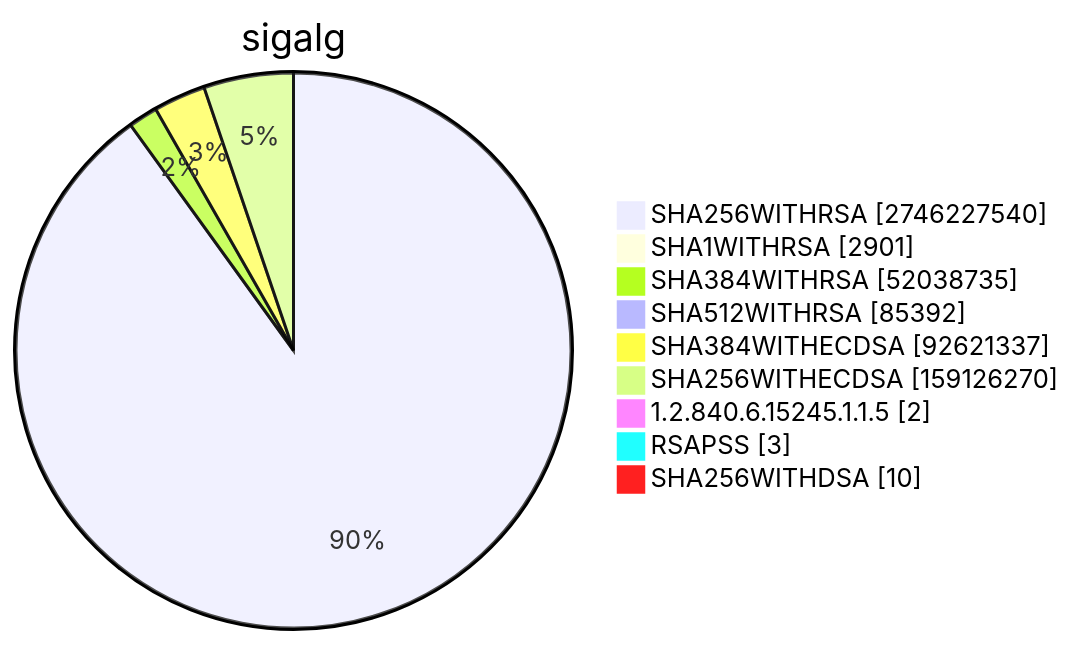
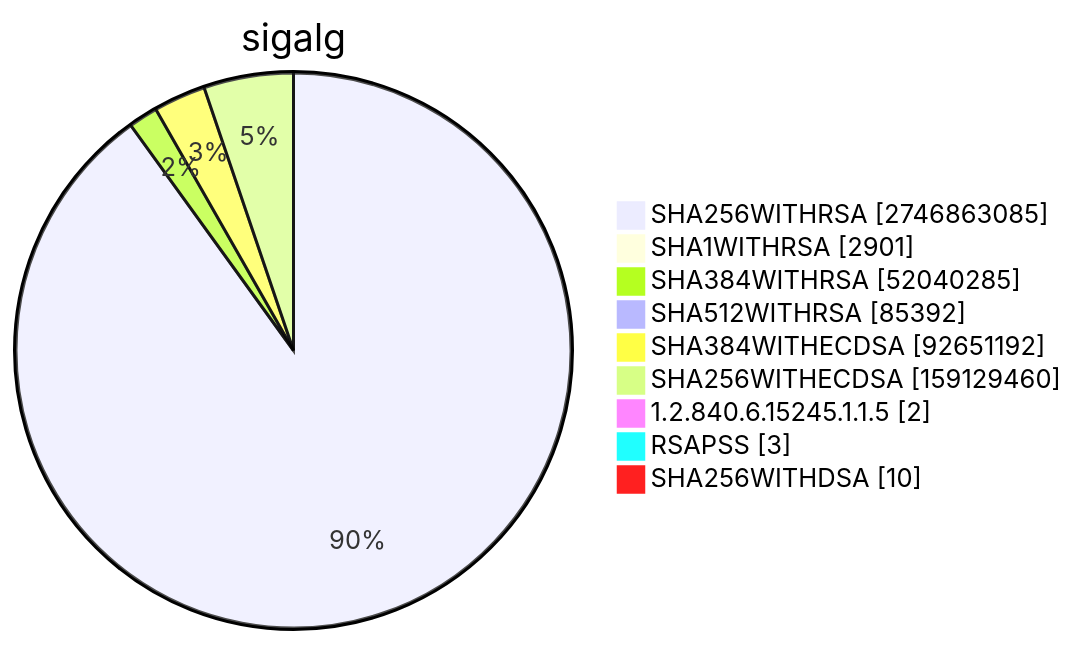
One commit to christiankrug/ctmonitor_visualization changed diagram 15 of 15 in TOTAL/README.md. Above: the diagram before and after it, drawn with Mermaid. The commit also changed other lines of this file, not shown here.

````diff
--- a/TOTAL/README.md
+++ b/TOTAL/README.md
@@ -6204,13 +6205,13 @@
 ```mermaid
 pie showData
 title sigalg
-"SHA256WITHRSA" :2746227540
+"SHA256WITHRSA" :2746863085
 "SHA1WITHRSA" :2901
-"SHA384WITHRSA" :52038735
+"SHA384WITHRSA" :52040285
 "SHA512WITHRSA" :85392
-"SHA384WITHECDSA" :92621337
-"SHA256WITHECDSA" :159126270
+"SHA384WITHECDSA" :92651192
+"SHA256WITHECDSA" :159129460
 "1.2.840.6.15245.1.1.5" :2
 "RSAPSS" :3
 "SHA256WITHDSA" :10
 ```
````
